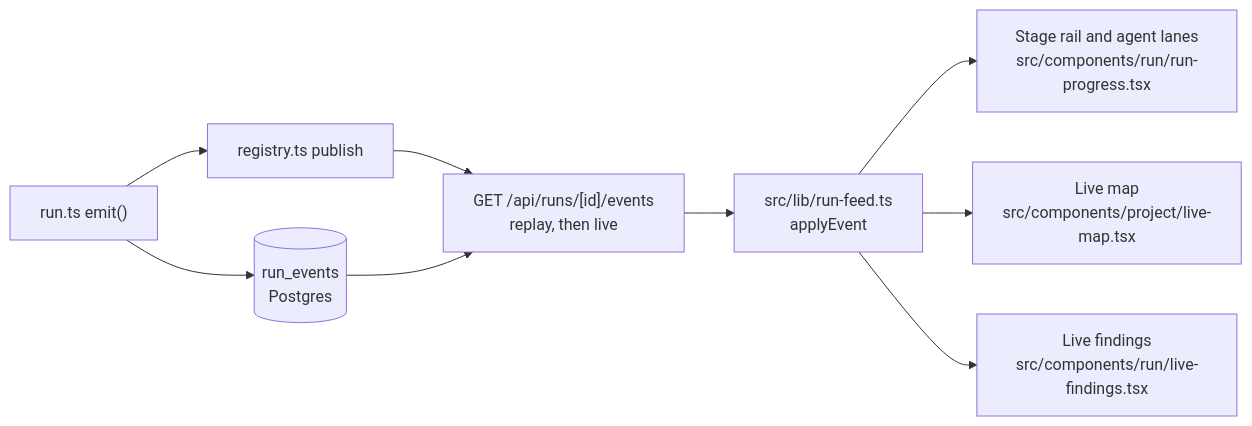
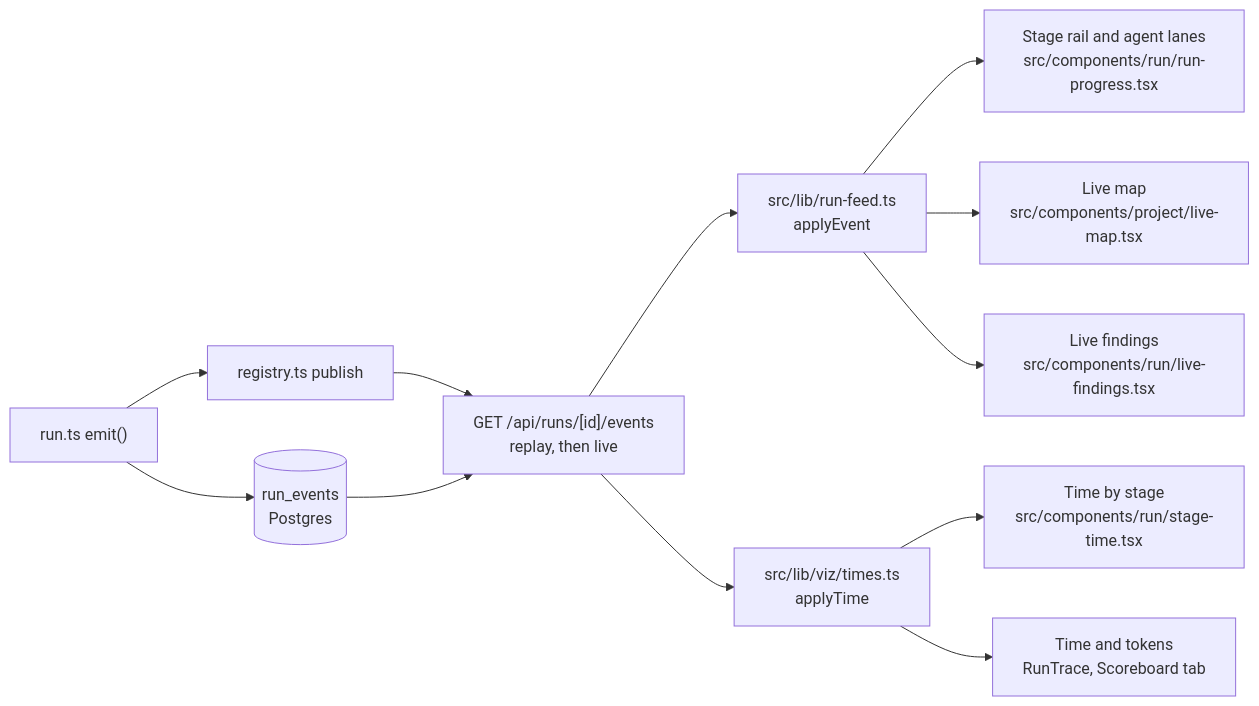
The seventh of 10 diagrams in docs/architecture.md (rvren/windtunnel), drawn with Mermaid before and after one commit. The commit also changed other lines of this file and 29 other files, not shown here.

````diff
--- a/docs/architecture.md
+++ b/docs/architecture.md
@@ -257,11 +257,14 @@
 ```mermaid
 flowchart LR
   run["run.ts emit()"] --> events[("run_events<br/>Postgres")]
   run --> publish["registry.ts publish"]
   publish --> sse["GET /api/runs/[id]/events<br/>replay, then live"]
   events --> sse
   sse --> feed["src/lib/run-feed.ts<br/>applyEvent"]
   feed --> rail["Stage rail and agent lanes<br/>src/components/run/run-progress.tsx"]
   feed --> live["Live map<br/>src/components/project/live-map.tsx"]
   feed --> found["Live findings<br/>src/components/run/live-findings.tsx"]
+  sse --> times["src/lib/viz/times.ts<br/>applyTime"]
+  times --> time["Time by stage<br/>src/components/run/stage-time.tsx"]
+  times --> trace["Time and tokens<br/>RunTrace, Scoreboard tab"]
 ```
````
